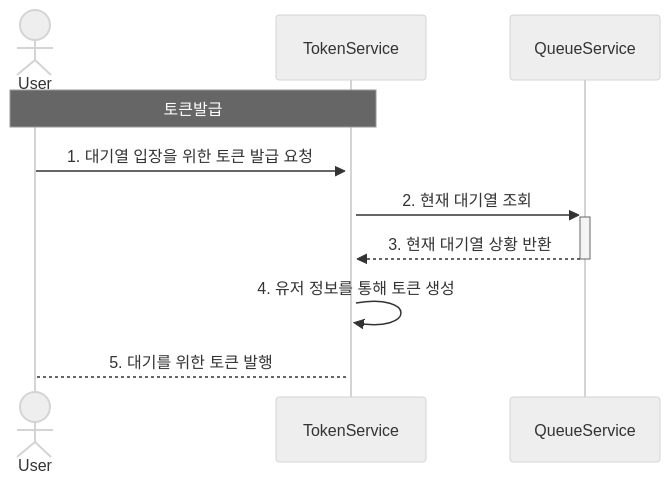
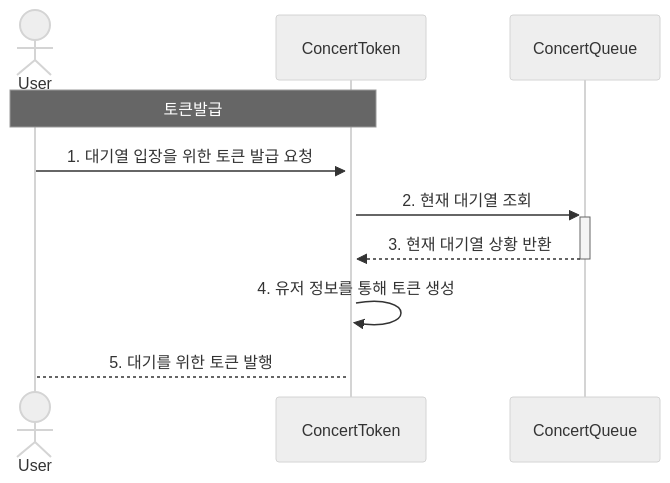
The first of 6 diagrams in README.md (KrongDev/hhplus-concert), drawn with Mermaid (neutral theme) before and after one commit. The commit also changed other lines of this file, not shown here.

`````diff
--- a/README.md
+++ b/README.md
@@ -7,13 +42,14 @@
-````mermaid
+```mermaid
 sequenceDiagram
-    actor User
-    participant TokenService
-    participant QueueService
-    
-    Note over User,TokenService: 토큰발급
-    User->>+TokenService: 1. 대기열 입장을 위한 토큰 발급 요청
-    TokenService->>+QueueService: 2. 현재 대기열 조회
-    QueueService-->>-TokenService: 3. 현재 대기열 상황 반환
-    TokenService->>TokenService: 4. 유저 정보를 통해 토큰 생성
-    TokenService-->User: 5. 대기를 위한 토큰 발행
-````
+
+	actor User
+	participant ConcertToken
+	participant ConcertQueue
+	
+	Note over User,ConcertToken: 토큰발급
+	User->>+ConcertToken: 1. 대기열 입장을 위한 토큰 발급 요청
+	ConcertToken->>+ConcertQueue: 2. 현재 대기열 조회
+	ConcertQueue-->>-ConcertToken: 3. 현재 대기열 상황 반환
+	ConcertToken->>ConcertToken: 4. 유저 정보를 통해 토큰 생성
+	ConcertToken-->User: 5. 대기를 위한 토큰 발행
+```
`````
